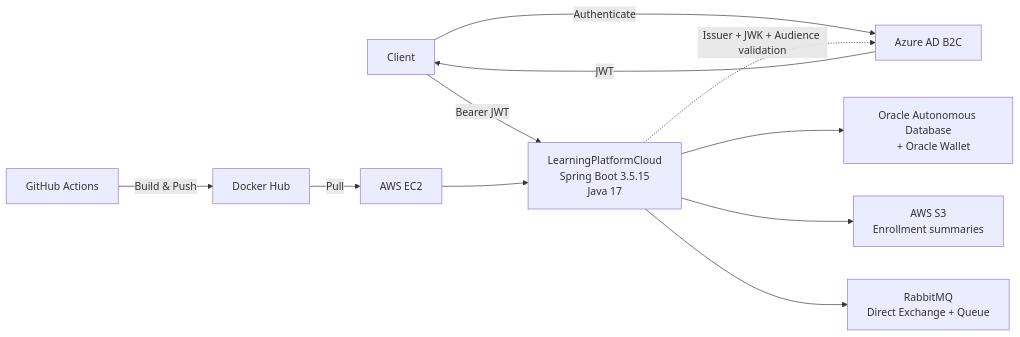
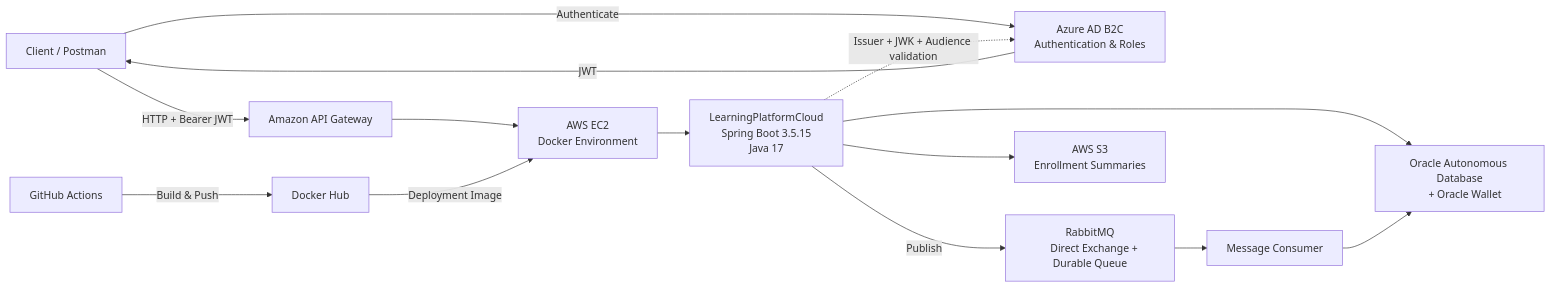
Before and after one commit to LadyRed145/LearningPlatformCloud: the diagram in README.md, drawn with Mermaid. The commit also changed other lines of this file and 1 other file, not shown here.

````diff
--- a/README.md
+++ b/README.md
@@ -31,41 +37,51 @@
 ```mermaid
 flowchart LR
 
-    Client[Client]
+    Client[Client / Postman]
 
-    B2C[Azure AD B2C]
+    B2C["Azure AD B2C
+    Authentication & Roles"]
+
+    Gateway["Amazon API Gateway"]
+
+    EC2["AWS EC2
+    Docker Environment"]
 
     API["LearningPlatformCloud
     Spring Boot 3.5.15
     Java 17"]
 
+    Rabbit["RabbitMQ
+    Direct Exchange + Durable Queue"]
+
+    Consumer["Message Consumer"]
+
     Oracle["Oracle Autonomous Database
     + Oracle Wallet"]
 
     S3["AWS S3
-    Enrollment summaries"]
-
-    Rabbit["RabbitMQ
-    Direct Exchange + Queue"]
+    Enrollment Summaries"]
 
     GHA["GitHub Actions"]
 
     DockerHub["Docker Hub"]
 
-    EC2["AWS EC2"]
-
     Client -->|Authenticate| B2C
     B2C -->|JWT| Client
 
-    Client -->|Bearer JWT| API
+    Client -->|HTTP + Bearer JWT| Gateway
+    Gateway --> EC2
+    EC2 --> API
 
     API -.->|Issuer + JWK + Audience validation| B2C
 
     API --> Oracle
     API --> S3
-    API --> Rabbit
+
+    API -->|Publish| Rabbit
+    Rabbit --> Consumer
+    Consumer --> Oracle
 
     GHA -->|Build & Push| DockerHub
-    DockerHub -->|Pull| EC2
-    EC2 --> API
+    DockerHub -->|Deployment Image| EC2
 ```
````
